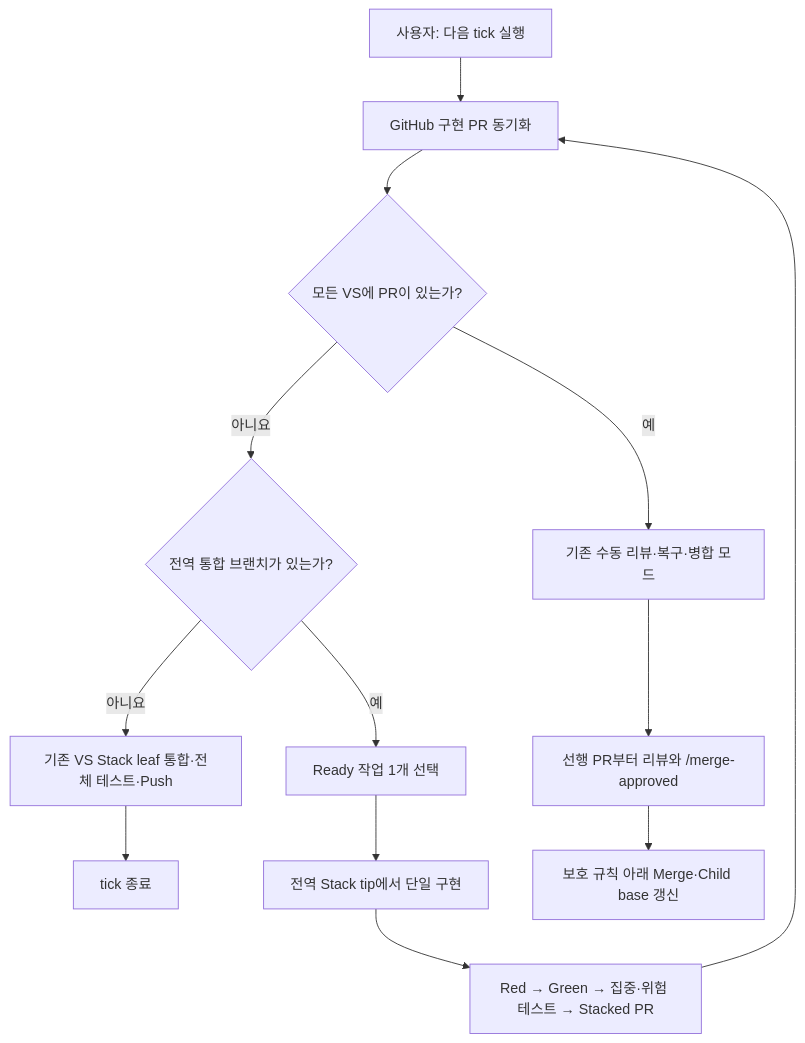
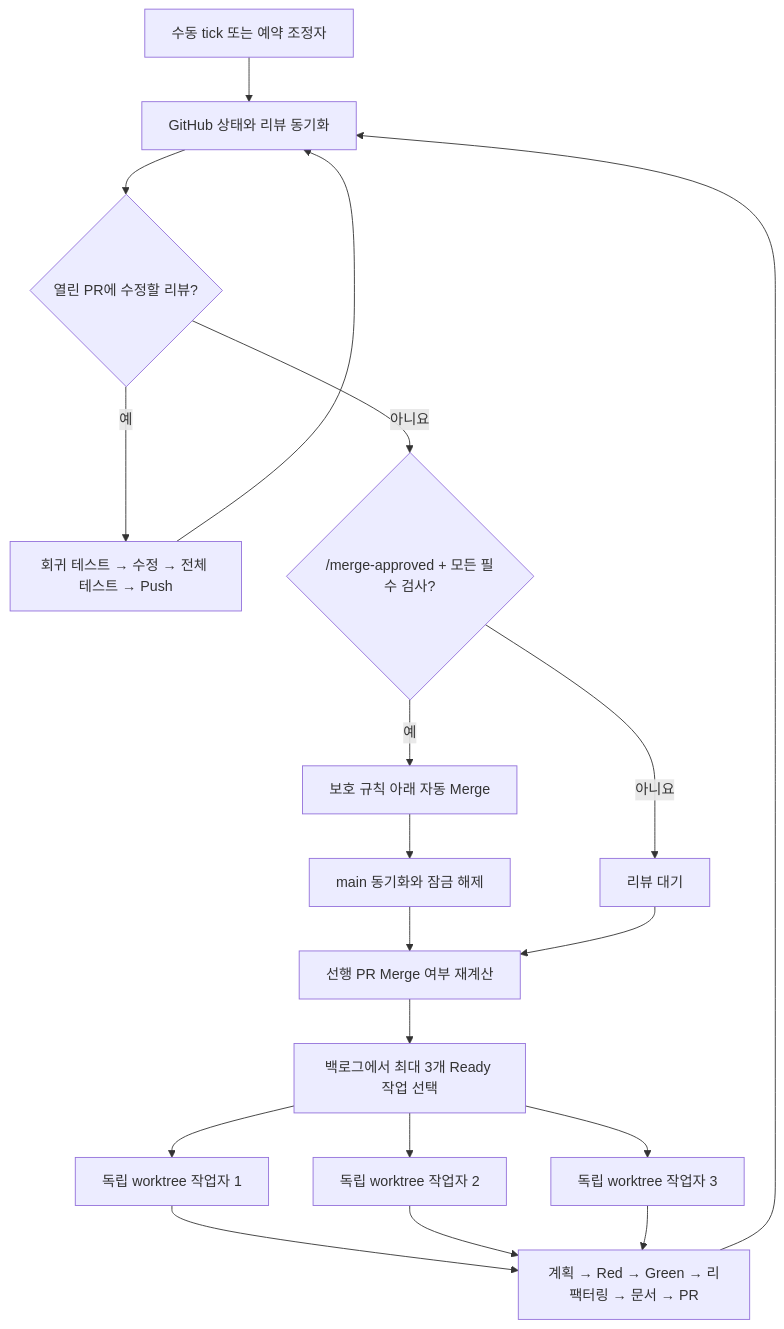
Before and after one commit to OpenSeedDev/openseed-be: the diagram in docs/workflow/AUTONOMOUS_WORKFLOW.md, drawn with Mermaid. The commit also changed other lines of this file and 15 other files, not shown here.

Commit message:
chore: 병렬 수직 슬라이스 워크플로우 복원

````diff
--- a/docs/workflow/AUTONOMOUS_WORKFLOW.md
+++ b/docs/workflow/AUTONOMOUS_WORKFLOW.md
@@ -7,15 +5,21 @@
 ```mermaid
 flowchart TD
-  A["사용자: 다음 tick 실행"] --> B["GitHub 구현 PR 동기화"]
-  B --> C{"모든 VS에 PR이 있는가?"}
-  C -- "아니요" --> T{"전역 통합 브랜치가 있는가?"}
-  T -- "아니요" --> U["기존 VS Stack leaf 통합·전체 테스트·Push"]
-  U --> X["tick 종료"]
-  T -- "예" --> D["Ready 작업 1개 선택"]
-  D --> E["전역 Stack tip에서 단일 구현"]
-  E --> F["Red → Green → 집중·위험 테스트 → Stacked PR"]
-  F --> B
-  C -- "예" --> G["기존 수동 리뷰·복구·병합 모드"]
-  G --> H["선행 PR부터 리뷰와 /merge-approved"]
-  H --> I["보호 규칙 아래 Merge·Child base 갱신"]
+  A["수동 tick 또는 예약 조정자"] --> B["GitHub 상태와 리뷰 동기화"]
+  B --> C{"열린 PR에 수정할 리뷰?"}
+  C -- "예" --> D["회귀 테스트 → 수정 → 전체 테스트 → Push"]
+  D --> B
+  C -- "아니요" --> E{"/merge-approved + 모든 필수 검사?"}
+  E -- "예" --> F["보호 규칙 아래 자동 Merge"]
+  F --> G["main 동기화와 잠금 해제"]
+  E -- "아니요" --> H["리뷰 대기"]
+  G --> I["선행 PR Merge 여부 재계산"]
+  H --> I
+  I --> J["백로그에서 최대 3개 Ready 작업 선택"]
+  J --> K1["독립 worktree 작업자 1"]
+  J --> K2["독립 worktree 작업자 2"]
+  J --> K3["독립 worktree 작업자 3"]
+  K1 --> L["계획 → Red → Green → 리팩터링 → 문서 → PR"]
+  K2 --> L
+  K3 --> L
+  L --> B
 ```
````
